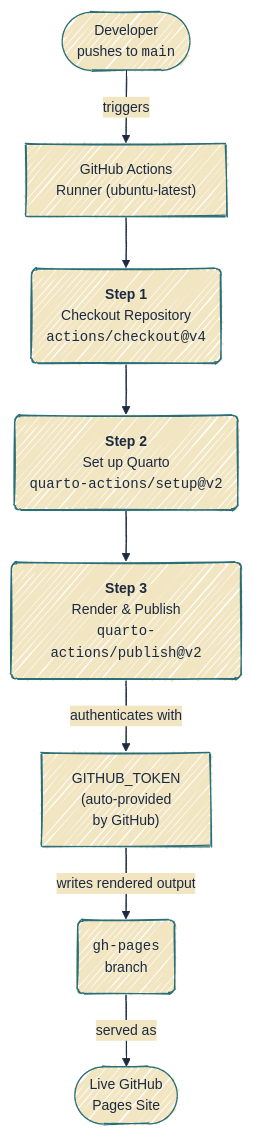
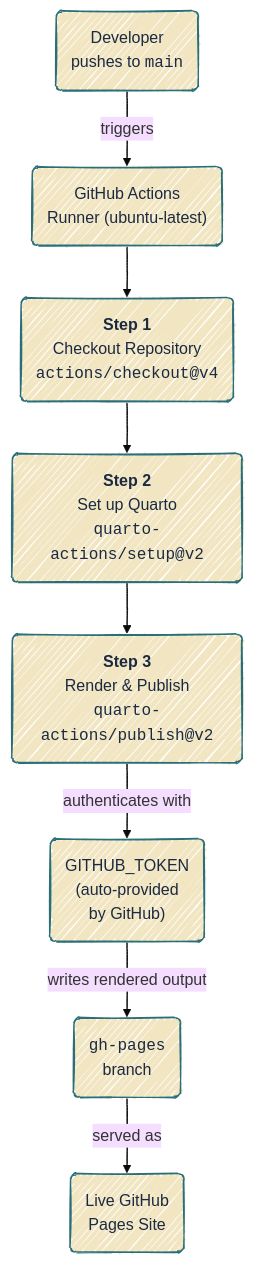
Before and after one commit to mjfrigaard/do4ds-labs: the first of 2 diagrams in publish-r-py.qmd, drawn with Mermaid. The commit also changed other lines of this file and 37 other files, not shown here.

Commit message:
updates to mermaid

````diff
--- a/publish-r-py.qmd
+++ b/publish-r-py.qmd
@@ -80,17 +80,18 @@
 ```{mermaid}
 %%| fig-cap: 'Publishing to GitHub pages'
 %%| fig-width: 7.0
 %%| fig-align: center
-%%{init: {'theme': 'base', 'look': 'handDrawn', 'themeVariables': { 'fontFamily': 'monospace', "fontSize":"14px", 'primaryColor': '#F2E6C2', 'primaryBorderColor': '#2A6F77', 'primaryTextColor': '#1B2A41', 'secondaryColor': '#d4e7e4', 'tertiaryColor': '#f5f0e4', 'lineColor': '#1B2A41', 'edgeLabelBackground': '#F2E6C2'}}}%%
+%%{init: {'theme': 'base', 'look': 'handDrawn', 'themeVariables': {'fontFamily': 'monospace'}}}%%
 flowchart TD
-    Push(["Developer<br>pushes to <code>main</code>"]) -->|"triggers"| GHA["GitHub Actions<br>Runner (ubuntu-latest)"]
+    Push("Developer<br>pushes to <code>main</code>") -->|"triggers"| GHA("GitHub Actions<br>Runner (ubuntu-latest)")
 
     GHA --> Step1("<strong>Step 1</strong><br>Checkout Repository<br><code>actions/checkout@v4</code>")
     Step1 --> Step2("<strong>Step 2</strong><br>Set up Quarto<br><code>quarto-actions/setup@v2</code>")
     Step2 --> Step3("<strong>Step 3</strong><br>Render & Publish<br><code>quarto-actions/publish@v2</code>")
 
-    Step3 -->|"authenticates with"| Token["<cdde>GITHUB_TOKEN</code><br>(auto-provided<br>by GitHub)"]
+    Step3 -->|"authenticates with"| Token("<cdde>GITHUB_TOKEN</code><br>(auto-provided<br>by GitHub)")
     Token -->|"writes rendered output"| GHPages("<code>gh-pages</code><br>branch")
-    GHPages -->|"served as"| Site(["Live GitHub<br>Pages Site"])
+    GHPages -->|"served as"| Site("Live GitHub<br>Pages Site")
+    classDef default fill:#F2E6C2,stroke:#2A6F77,color:#1B2A41
 
 ```
````
